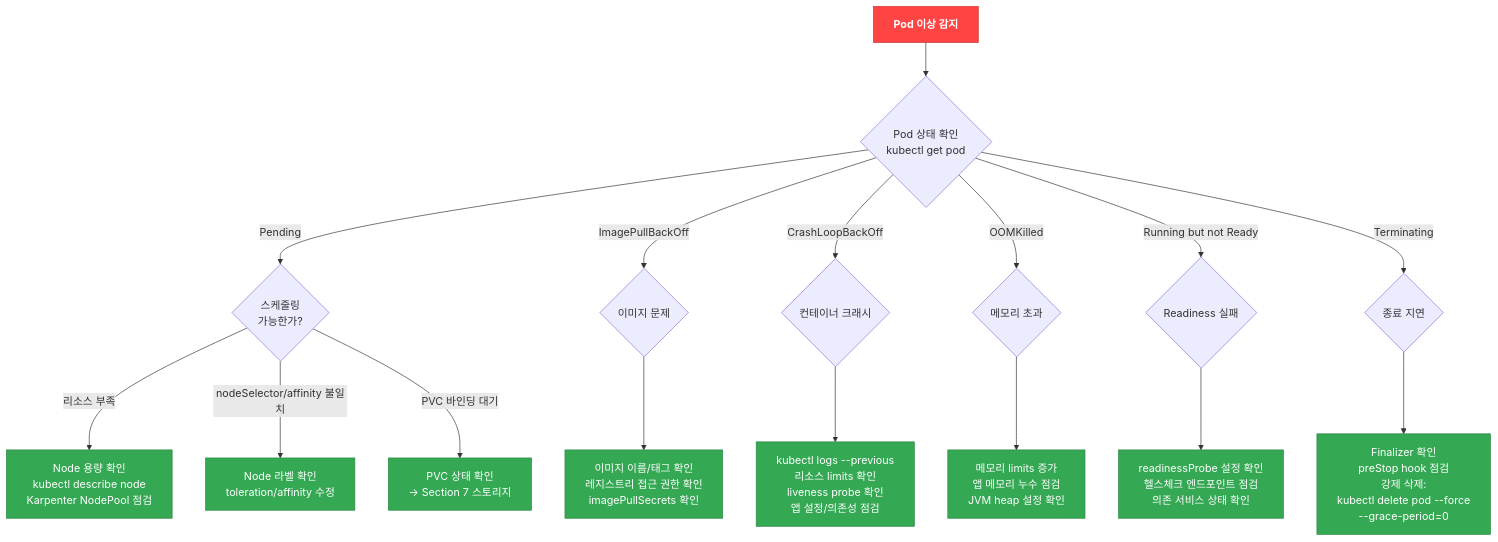
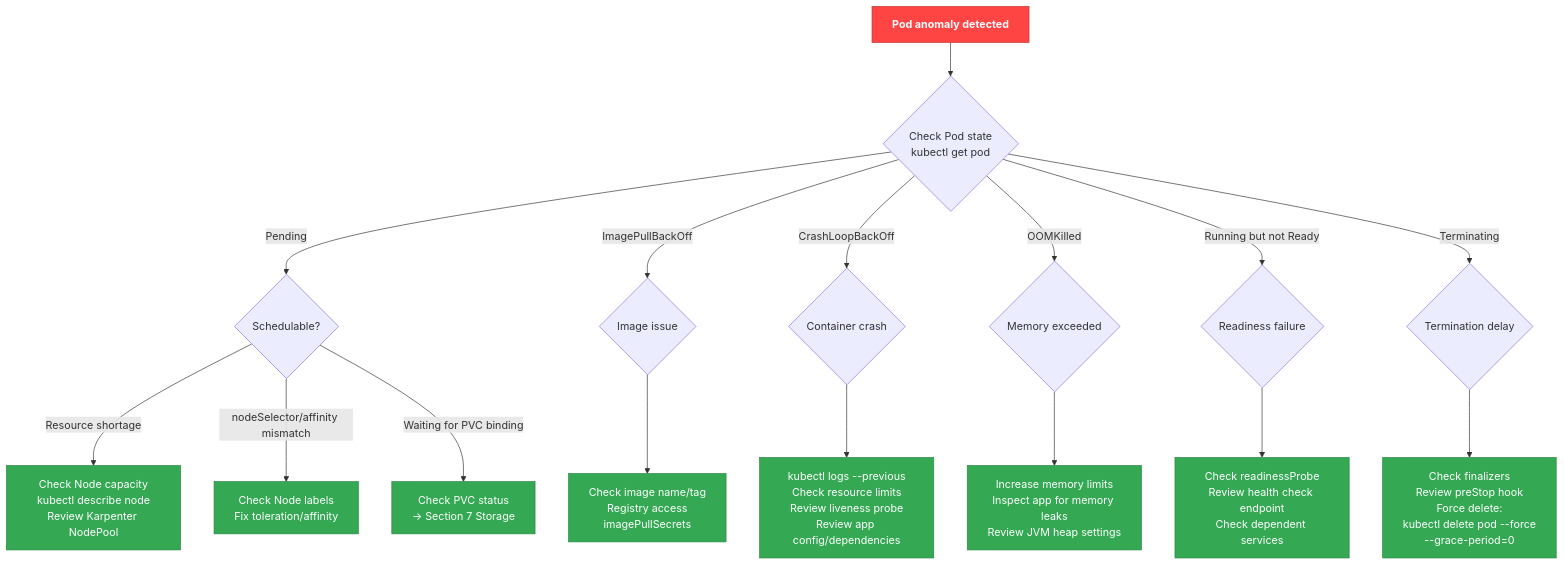
Before and after one commit to devfloor9/engineering-playbook: the first of 3 diagrams in docs/eks-best-practices/operations-reliability/eks-debugging/workload.md, drawn with Mermaid. The commit also changed other lines of this file and 954 other files, not shown here.

````diff
--- a/docs/eks-best-practices/operations-reliability/eks-debugging/workload.md
+++ b/docs/eks-best-practices/operations-reliability/eks-debugging/workload.md
@@ -22,53 +22,52 @@
 ```mermaid
 flowchart TD
-    START["`**Pod 이상 감지**`"] --> STATUS{"`Pod 상태 확인
+    START["`**Pod anomaly detected**`"] --> STATUS{"`Check Pod state
     kubectl get pod`"}
 
-    STATUS -->|Pending| PENDING{"`스케줄링
-    가능한가?`"}
-    PENDING -->|리소스 부족| PEND_RES["`Node 용량 확인
+    STATUS -->|Pending| PENDING{"`Schedulable?`"}
+    PENDING -->|Resource shortage| PEND_RES["`Check Node capacity
     kubectl describe node
-    Karpenter NodePool 점검`"]
-    PENDING -->|nodeSelector/affinity 불일치| PEND_LABEL["`Node 라벨 확인
-    toleration/affinity 수정`"]
-    PENDING -->|PVC 바인딩 대기| PEND_PVC["`PVC 상태 확인
-    → Section 7 스토리지`"]
+    Review Karpenter NodePool`"]
+    PENDING -->|nodeSelector/affinity mismatch| PEND_LABEL["`Check Node labels
+    Fix toleration/affinity`"]
+    PENDING -->|Waiting for PVC binding| PEND_PVC["`Check PVC status
+    → Section 7 Storage`"]
 
-    STATUS -->|ImagePullBackOff| IMG{"`이미지 문제`"}
-    IMG --> IMG_FIX["`이미지 이름/태그 확인
-    레지스트리 접근 권한 확인
-    imagePullSecrets 확인`"]
+    STATUS -->|ImagePullBackOff| IMG{"`Image issue`"}
+    IMG --> IMG_FIX["`Check image name/tag
+    Registry access
+    imagePullSecrets`"]
 
-    STATUS -->|CrashLoopBackOff| CRASH{"`컨테이너 크래시`"}
+    STATUS -->|CrashLoopBackOff| CRASH{"`Container crash`"}
     CRASH --> CRASH_FIX["`kubectl logs --previous
-    리소스 limits 확인
-    liveness probe 확인
-    앱 설정/의존성 점검`"]
+    Check resource limits
+    Review liveness probe
+    Review app config/dependencies`"]
 
-    STATUS -->|OOMKilled| OOM{"`메모리 초과`"}
-    OOM --> OOM_FIX["`메모리 limits 증가
-    앱 메모리 누수 점검
-    JVM heap 설정 확인`"]
+    STATUS -->|OOMKilled| OOM{"`Memory exceeded`"}
+    OOM --> OOM_FIX["`Increase memory limits
+    Inspect app for memory leaks
+    Review JVM heap settings`"]
 
-    STATUS -->|Running but not Ready| READY{"`Readiness 실패`"}
-    READY --> READY_FIX["`readinessProbe 설정 확인
-    헬스체크 엔드포인트 점검
-    의존 서비스 상태 확인`"]
+    STATUS -->|Running but not Ready| READY{"`Readiness failure`"}
+    READY --> READY_FIX["`Check readinessProbe
+    Review health check endpoint
+    Check dependent services`"]
 
-    STATUS -->|Terminating| TERM{"`종료 지연`"}
-    TERM --> TERM_FIX["`Finalizer 확인
-    preStop hook 점검
-    강제 삭제:
+    STATUS -->|Terminating| TERM{"`Termination delay`"}
+    TERM --> TERM_FIX["`Check finalizers
+    Review preStop hook
+    Force delete:
     kubectl delete pod --force
     --grace-period=0`"]
 
     style START fill:#ff4444,stroke:#cc3636,color:#fff
     style PEND_RES fill:#34a853,stroke:#2a8642,color:#fff
     style PEND_LABEL fill:#34a853,stroke:#2a8642,color:#fff
     style PEND_PVC fill:#34a853,stroke:#2a8642,color:#fff
     style IMG_FIX fill:#34a853,stroke:#2a8642,color:#fff
     style CRASH_FIX fill:#34a853,stroke:#2a8642,color:#fff
     style OOM_FIX fill:#34a853,stroke:#2a8642,color:#fff
     style READY_FIX fill:#34a853,stroke:#2a8642,color:#fff
     style TERM_FIX fill:#34a853,stroke:#2a8642,color:#fff
 ```
````
